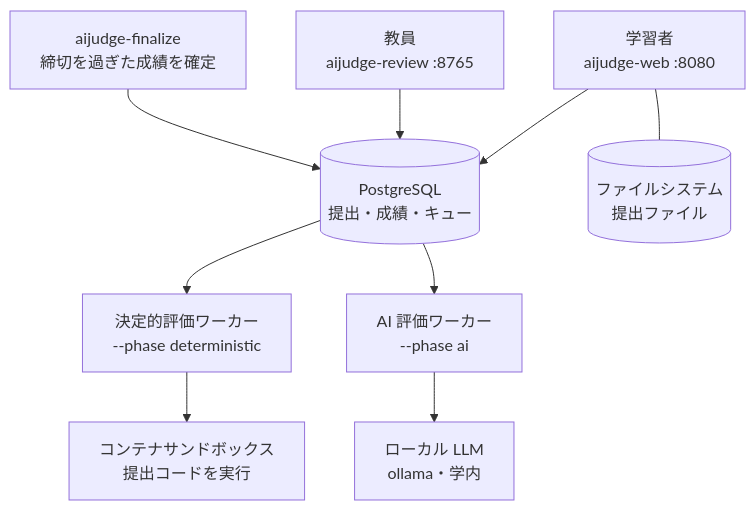
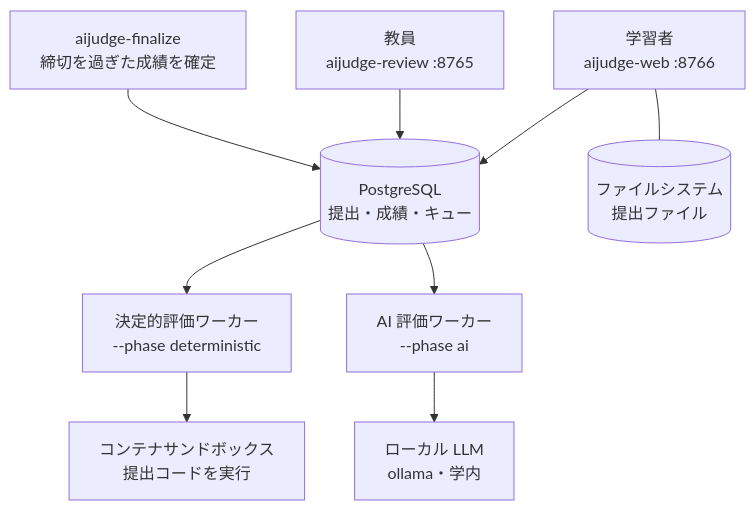
The first of 4 diagrams in README.ja.md (sanoakr/aijudge), drawn with Mermaid before and after one commit. The commit also changed other lines of this file and 12 other files, not shown here.

````diff
--- a/README.ja.md
+++ b/README.ja.md
@@ -56,26 +56,26 @@
 ```mermaid
 flowchart TB
-    L["学習者<br/>aijudge-web :8080"]
+    L["学習者<br/>aijudge-web :8766"]
     I["教員<br/>aijudge-review :8765"]
     F["aijudge-finalize<br/>締切を過ぎた成績を確定"]
 
     DB[("PostgreSQL<br/>提出・成績・キュー")]
     S[("ファイルシステム<br/>提出ファイル")]
 
     DW["決定的評価ワーカー<br/>--phase deterministic"]
     AW["AI 評価ワーカー<br/>--phase ai"]
 
     SB["コンテナサンドボックス<br/>提出コードを実行"]
     LLM["ローカル LLM<br/>ollama・学内"]
 
     L --- S
     L --> DB
     I --> DB
     F --> DB
 
     DB --> DW
     DB --> AW
 
     DW --> SB
     AW --> LLM
 ```
````
